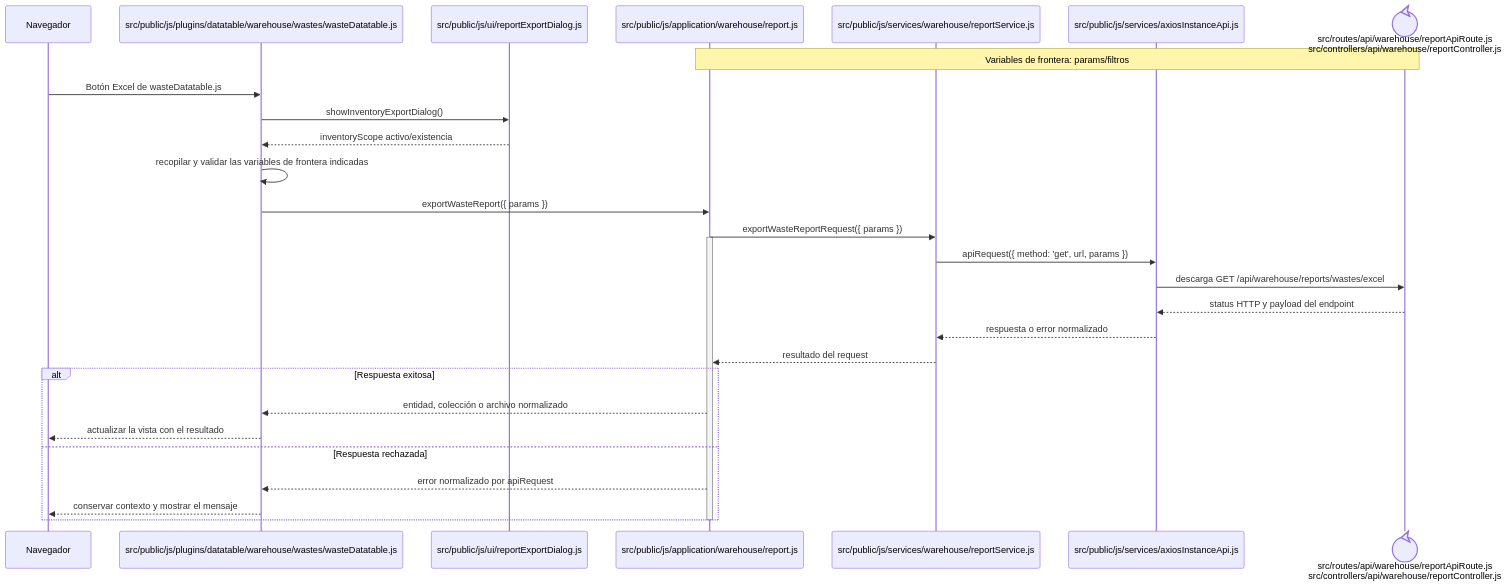
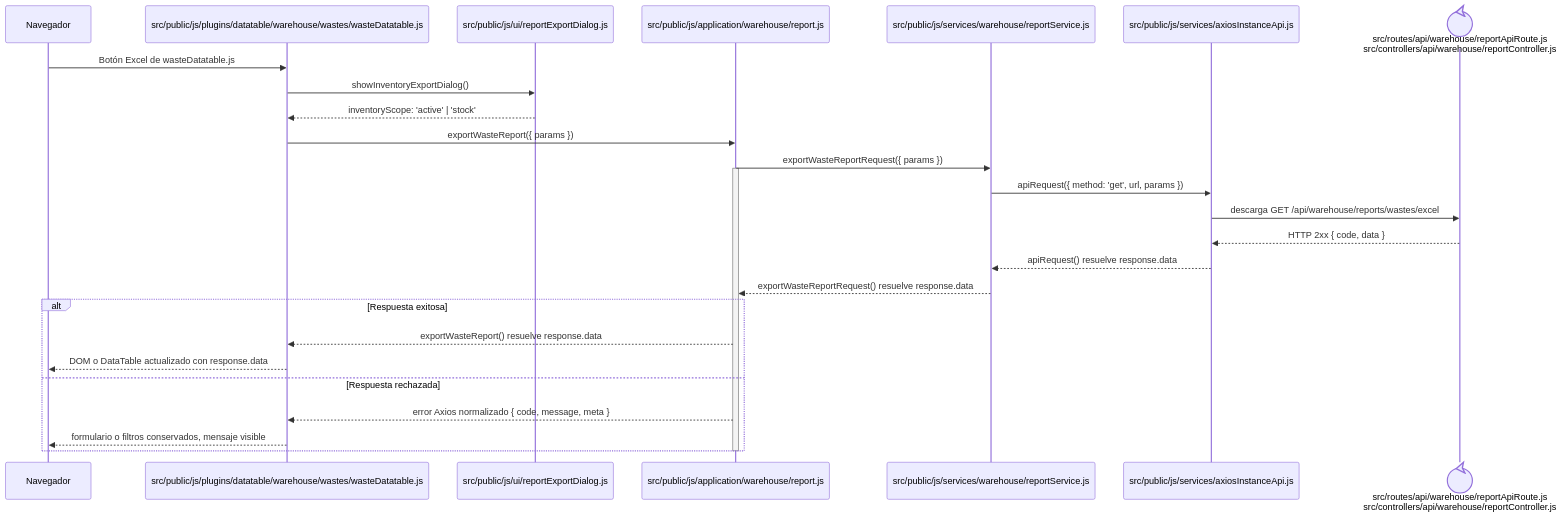
One commit to gpgsistemas01/nexus changed the diagram in docs/architecture/frontend-code-sequences/catalogs/cu-alm-13.md. Above: the diagram before and after it, drawn with Mermaid. The commit also changed 148 other files, not shown here.

````diff
--- a/docs/architecture/frontend-code-sequences/catalogs/cu-alm-13.md
+++ b/docs/architecture/frontend-code-sequences/catalogs/cu-alm-13.md
@@ -6,32 +6,30 @@
 ```mermaid
 sequenceDiagram
     participant Browser as Navegador
     participant View as src/public/js/plugins/datatable/warehouse/wastes/wasteDatatable.js
     participant Dialog as src/public/js/ui/reportExportDialog.js
     participant Application as src/public/js/application/warehouse/report.js
     participant Request as src/public/js/services/warehouse/reportService.js
     participant HTTP as src/public/js/services/axiosInstanceApi.js
     participant Transport@{ "type": "control" } as src/routes/api/warehouse/reportApiRoute.js<br/>src/controllers/api/warehouse/reportController.js
-    Note over Application,Transport: Variables de frontera: params/filtros
 
     Browser->>View: Botón Excel de wasteDatatable.js
     View->>Dialog: showInventoryExportDialog()
-    Dialog-->>View: inventoryScope activo/existencia
-    View->>View: recopilar y validar las variables de frontera indicadas
+    Dialog-->>View: inventoryScope: 'active' | 'stock'
     View->>Application: exportWasteReport({ params })
     Application->>Request: exportWasteReportRequest({ params })
     activate Application
     Request->>HTTP: apiRequest({ method: 'get', url, params })
     HTTP->>Transport: descarga GET /api/warehouse/reports/wastes/excel
-    Transport-->>HTTP: status HTTP y payload del endpoint
-    HTTP-->>Request: respuesta o error normalizado
-    Request-->>Application: resultado del request
+    Transport-->>HTTP: HTTP 2xx { code, data }
+    HTTP-->>Request: apiRequest() resuelve response.data
+    Request-->>Application: exportWasteReportRequest() resuelve response.data
     alt Respuesta exitosa
-        Application-->>View: entidad, colección o archivo normalizado
-        View-->>Browser: actualizar la vista con el resultado
+        Application-->>View: exportWasteReport() resuelve response.data
+        View-->>Browser: DOM o DataTable actualizado con response.data
     else Respuesta rechazada
-        Application-->>View: error normalizado por apiRequest
-        View-->>Browser: conservar contexto y mostrar el mensaje
+        Application-->>View: error Axios normalizado { code, message, meta }
+        View-->>Browser: formulario o filtros conservados, mensaje visible
     end
     deactivate Application
 ```
````
